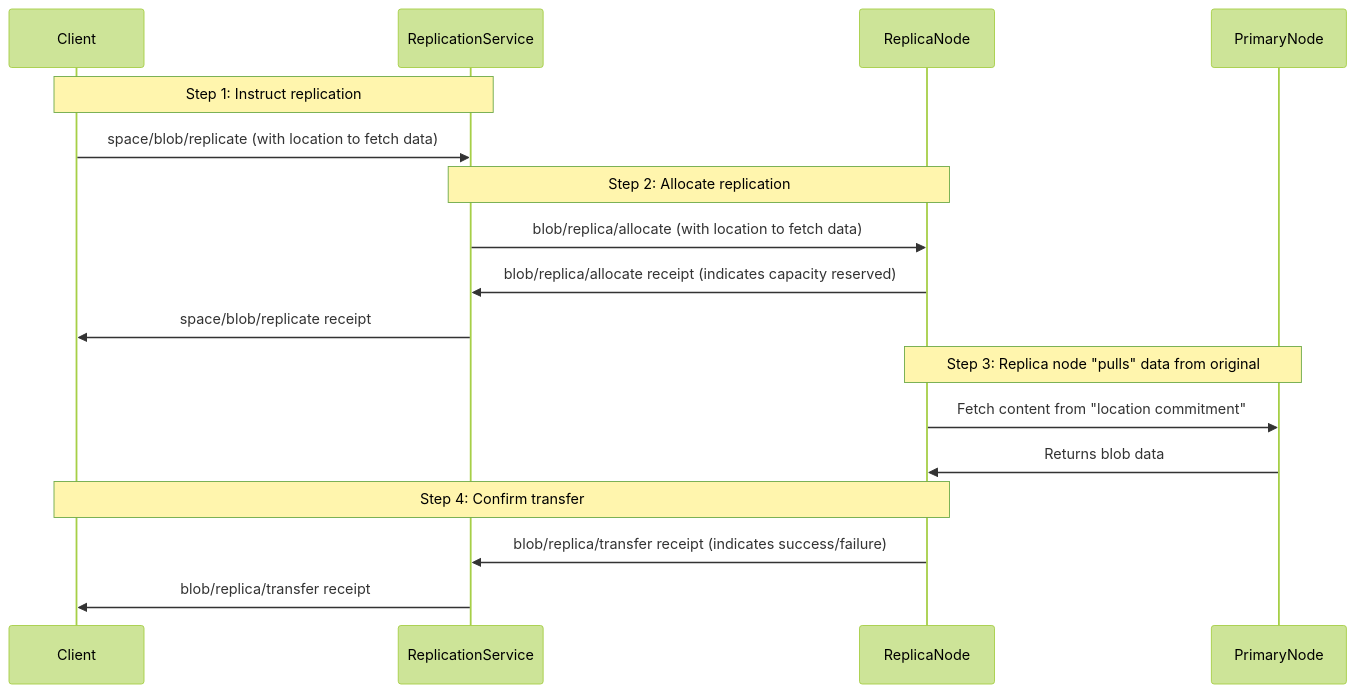
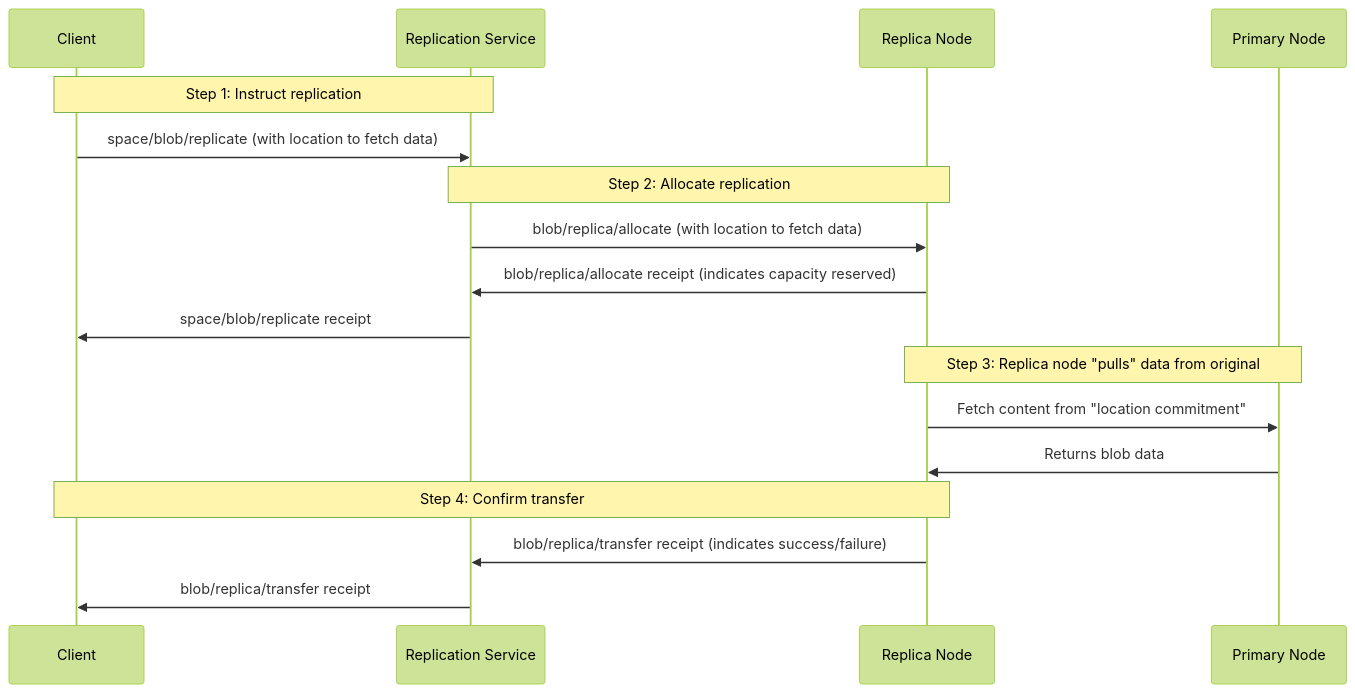
One commit to storacha/specs changed the diagram in w3-replication.md. Above: the diagram before and after it, drawn with Mermaid (forest theme).

Commit message:
fix: nice names

````diff
--- a/w3-replication.md
+++ b/w3-replication.md
@@ -27,23 +27,23 @@
 ```mermaid
 sequenceDiagram
     participant Client
-    participant ReplicationService
-    participant ReplicaNode
-    participant PrimaryNode
+    participant ReplicationService as Replication Service
+    participant ReplicaNode as Replica Node
+    participant PrimaryNode as Primary Node
 
     Note over Client,ReplicationService: Step 1: Instruct replication
     Client->>ReplicationService: space/blob/replicate (with location to fetch data)
 
     Note over ReplicationService,ReplicaNode: Step 2: Allocate replication
     ReplicationService->>ReplicaNode: blob/replica/allocate (with location to fetch data)
     ReplicaNode->>ReplicationService: blob/replica/allocate receipt (indicates capacity reserved)
     ReplicationService->>Client: space/blob/replicate receipt
 
     Note over ReplicaNode,PrimaryNode: Step 3: Replica node "pulls" data from original
     ReplicaNode->>PrimaryNode: Fetch content from "location commitment"
     PrimaryNode->>ReplicaNode: Returns blob data
 
     Note over Client,ReplicaNode: Step 4: Confirm transfer
     ReplicaNode->>ReplicationService: blob/replica/transfer receipt (indicates success/failure)
     ReplicationService->>Client: blob/replica/transfer receipt
 ```
````
